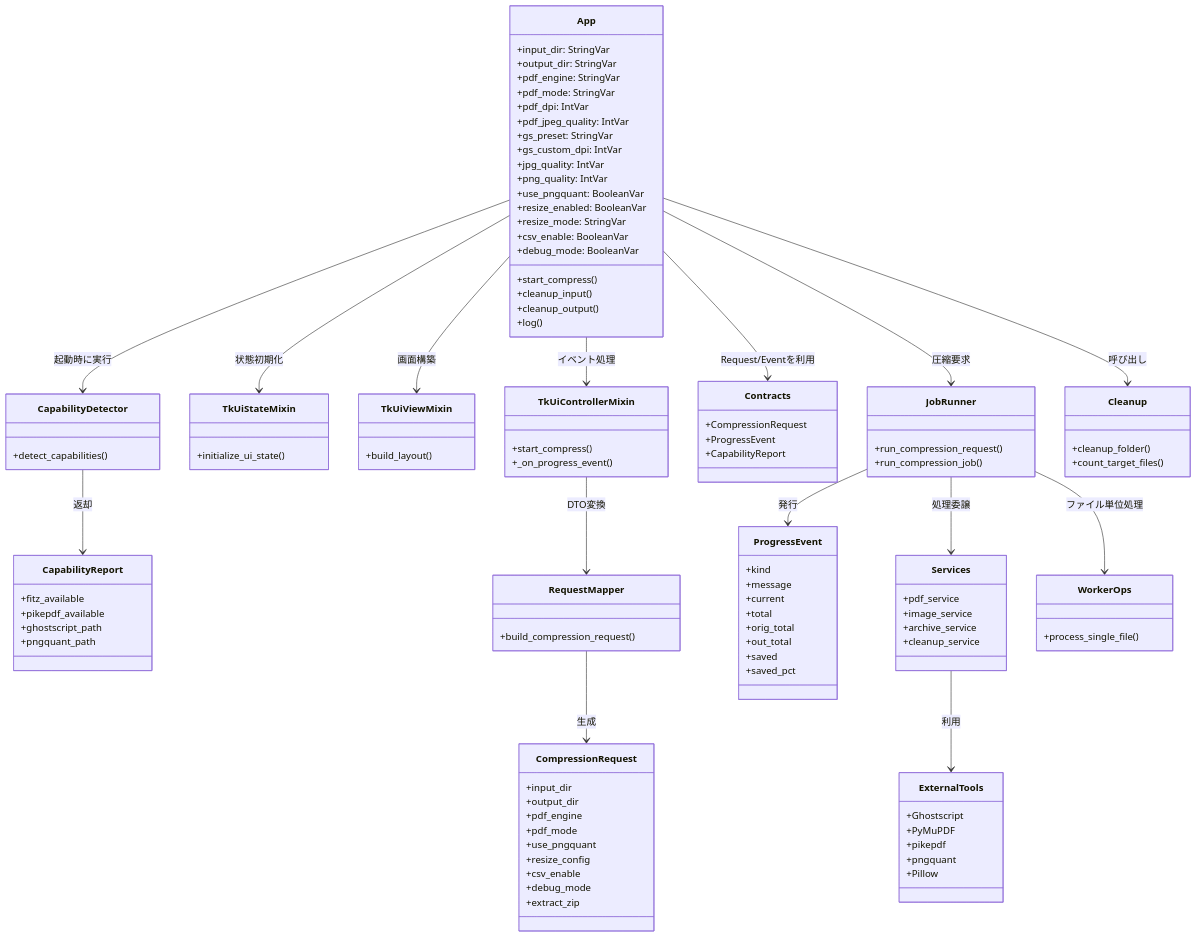
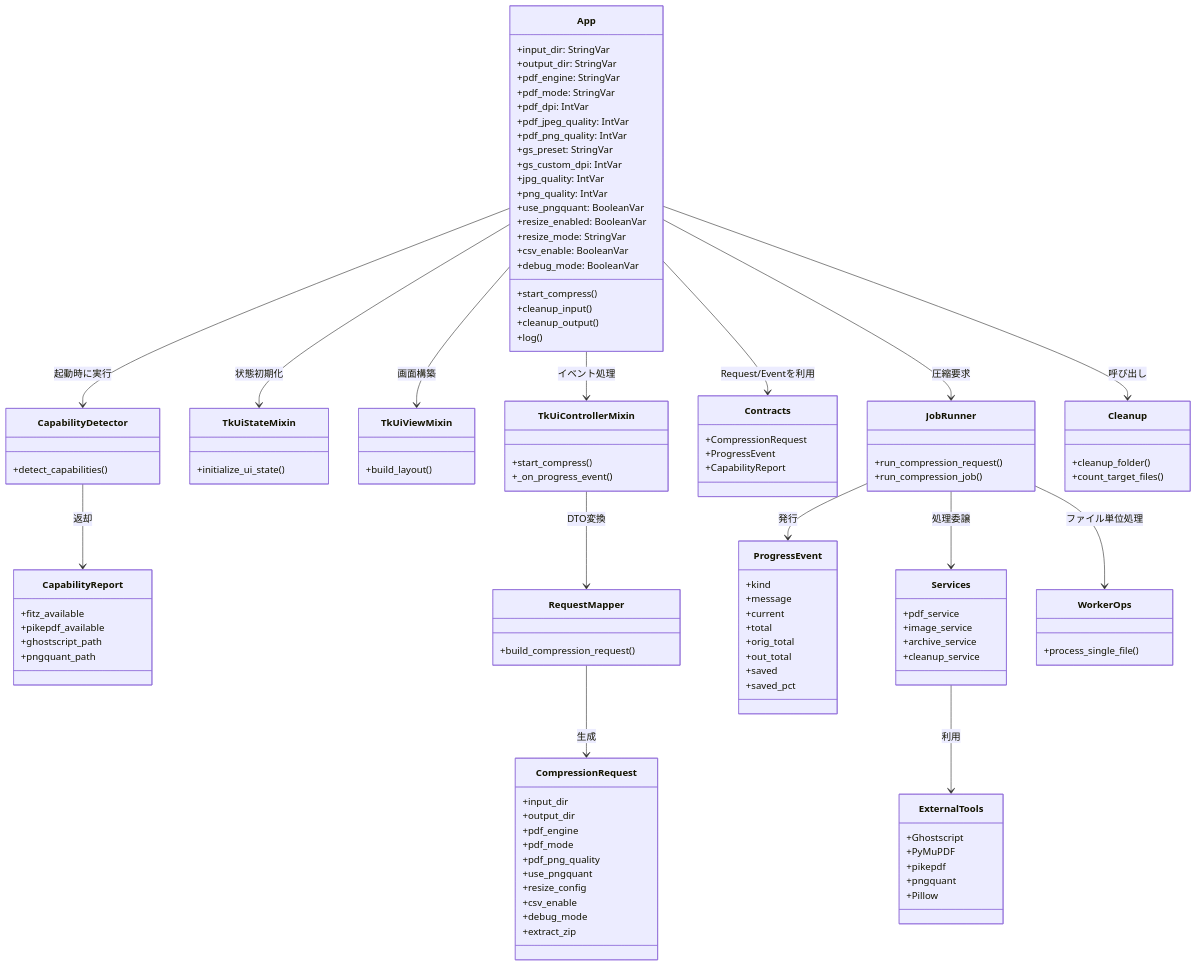
One commit to sho-kawasaki-dd/pjp_compressor_v2 changed the third of 3 diagrams in Documentation/flow_sequence_and_class_diagrams.md. Above: the diagram before and after it, drawn with Mermaid. The commit also changed other lines of this file and 23 other files, not shown here.

```diff
--- a/Documentation/flow_sequence_and_class_diagrams.md
+++ b/Documentation/flow_sequence_and_class_diagrams.md
@@ -128,6 +146,7 @@
         +pdf_mode: StringVar
         +pdf_dpi: IntVar
         +pdf_jpeg_quality: IntVar
+        +pdf_png_quality: IntVar
         +gs_preset: StringVar
         +gs_custom_dpi: IntVar
         +jpg_quality: IntVar
@@ -182,6 +201,7 @@
         +output_dir
         +pdf_engine
         +pdf_mode
+        +pdf_png_quality
         +use_pngquant
         +resize_config
         +csv_enable
```
